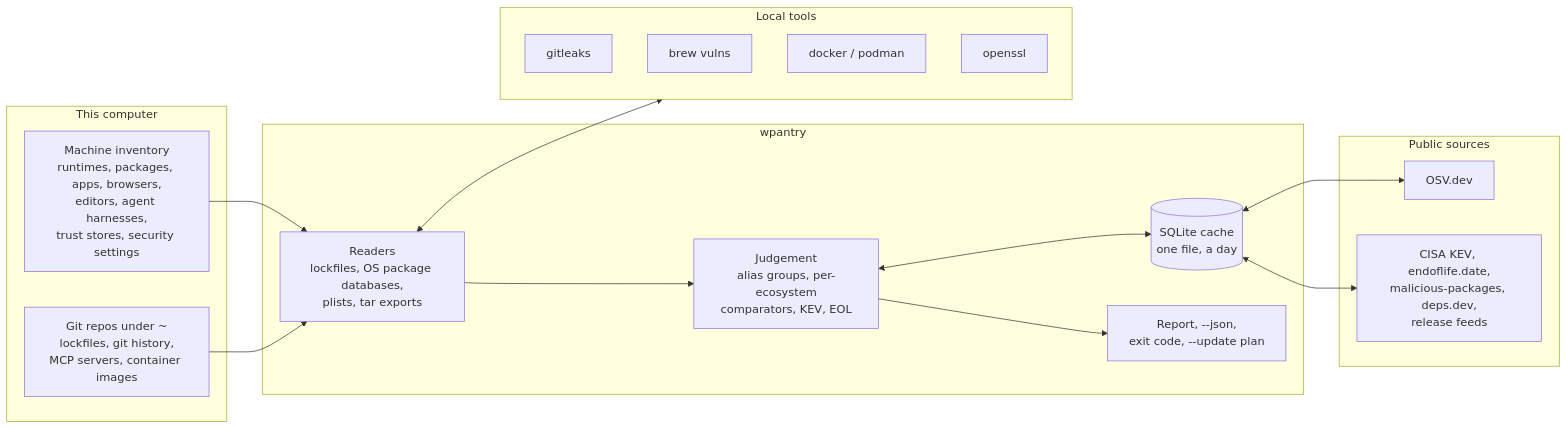
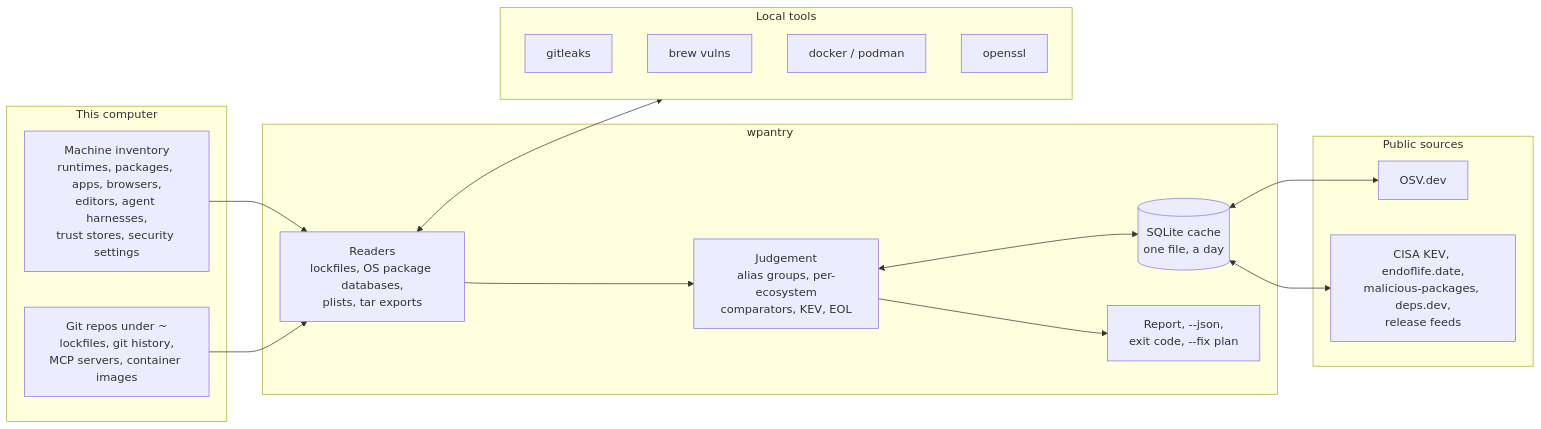
The first of 2 diagrams in docs/architecture.md (waffuruai/pantry), drawn with Mermaid before and after one commit. The commit also changed other lines of this file and 18 other files, not shown here.

````diff
--- a/docs/architecture.md
+++ b/docs/architecture.md
@@ -5,30 +5,30 @@
 ```mermaid
 flowchart LR
   subgraph here["This computer"]
     machine["Machine inventory<br/>runtimes, packages, apps, browsers,<br/>editors, agent harnesses,<br/>trust stores, security settings"]
     repos["Git repos under ~<br/>lockfiles, git history,<br/>MCP servers, container images"]
   end
   subgraph wp["wpantry"]
     readers["Readers<br/>lockfiles, OS package databases,<br/>plists, tar exports"]
     judge["Judgement<br/>alias groups, per-ecosystem<br/>comparators, KEV, EOL"]
     cache[("SQLite cache<br/>one file, a day")]
-    out["Report, --json,<br/>exit code, --update plan"]
+    out["Report, --json,<br/>exit code, --fix plan"]
   end
   subgraph tools["Local tools"]
     gl["gitleaks"]
     brew["brew vulns"]
     ctr["docker / podman"]
     ossl["openssl"]
   end
   subgraph net["Public sources"]
     osv["OSV.dev"]
     feeds["CISA KEV, endoflife.date,<br/>malicious-packages, deps.dev,<br/>release feeds"]
   end
   machine --> readers
   repos --> readers
   readers --> judge --> out
   readers <--> tools
   judge <--> cache
   cache <--> osv
   cache <--> feeds
 ```
````
